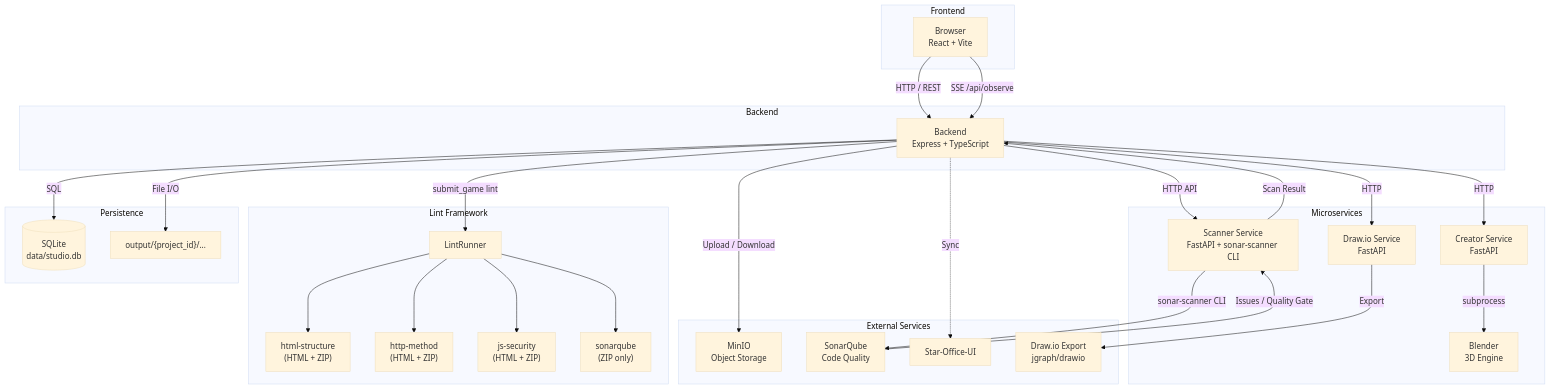
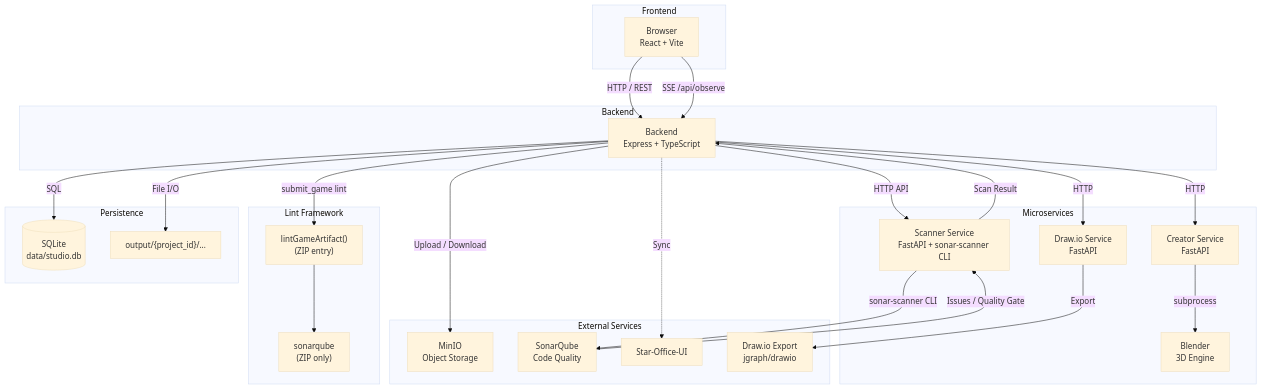
The diagram in docs/ARCHITECTURE.md (luoxiaojun1992/game-studio), drawn with Mermaid (base theme) before and after one commit. The commit also changed other lines of this file and 5 other files, not shown here.

Commit message:
docs: align architecture docs and diagrams with file-only submit_game and removed checkers

````diff
--- a/docs/ARCHITECTURE.md
+++ b/docs/ARCHITECTURE.md
@@ -18,60 +18,54 @@
 ```mermaid
 graph TB
     subgraph "Frontend"
         Browser["Browser<br/>React + Vite"]
     end
 
     subgraph "Backend"
         BE["Backend<br/>Express + TypeScript"]
     end
 
     subgraph "Lint Framework"
-        LintRunner["LintRunner"]
-        HtmlChecker["html-structure<br/>(HTML + ZIP)"]
-        HttpChecker["http-method<br/>(HTML + ZIP)"]
-        JsChecker["js-security<br/>(HTML + ZIP)"]
+        LintRunner["lintGameArtifact()<br/>(ZIP entry)"]
         SonarChecker["sonarqube<br/>(ZIP only)"]
     end
 
     subgraph "External Services"
         MinIO["MinIO<br/>Object Storage"]
         Sonar["SonarQube<br/>Code Quality"]
         StarOffice["Star-Office-UI"]
         DrawioExport["Draw.io Export<br/>jgraph/drawio"]
     end
 
     subgraph "Microservices"
         Creator["Creator Service<br/>FastAPI"]
         Blender["Blender<br/>3D Engine"]
         Drawio["Draw.io Service<br/>FastAPI"]
         Scanner["Scanner Service<br/>FastAPI + sonar-scanner CLI"]
     end
 
     subgraph "Persistence"
         SQLite[("SQLite<br/>data/studio.db")]
         Output["output/{project_id}/..."]
     end
 
     Browser -->|HTTP / REST| BE
     Browser -->|SSE /api/observe| BE
 
     BE -->|HTTP| Creator
     BE -->|HTTP| Drawio
     BE -->|Upload / Download| MinIO
     BE -->|SQL| SQLite
     BE -->|File I/O| Output
     BE -->|submit_game lint| LintRunner
     BE -->|HTTP API| Scanner
     BE -.->|Sync| StarOffice
     Creator -->|subprocess| Blender
     Drawio -->|Export| DrawioExport
 
-    LintRunner --> HtmlChecker
-    LintRunner --> HttpChecker
-    LintRunner --> JsChecker
     LintRunner --> SonarChecker
 
     Scanner -->|sonar-scanner CLI| Sonar
     Sonar -->|Issues / Quality Gate| Scanner
     Scanner -->|Scan Result| BE
 ```
````
